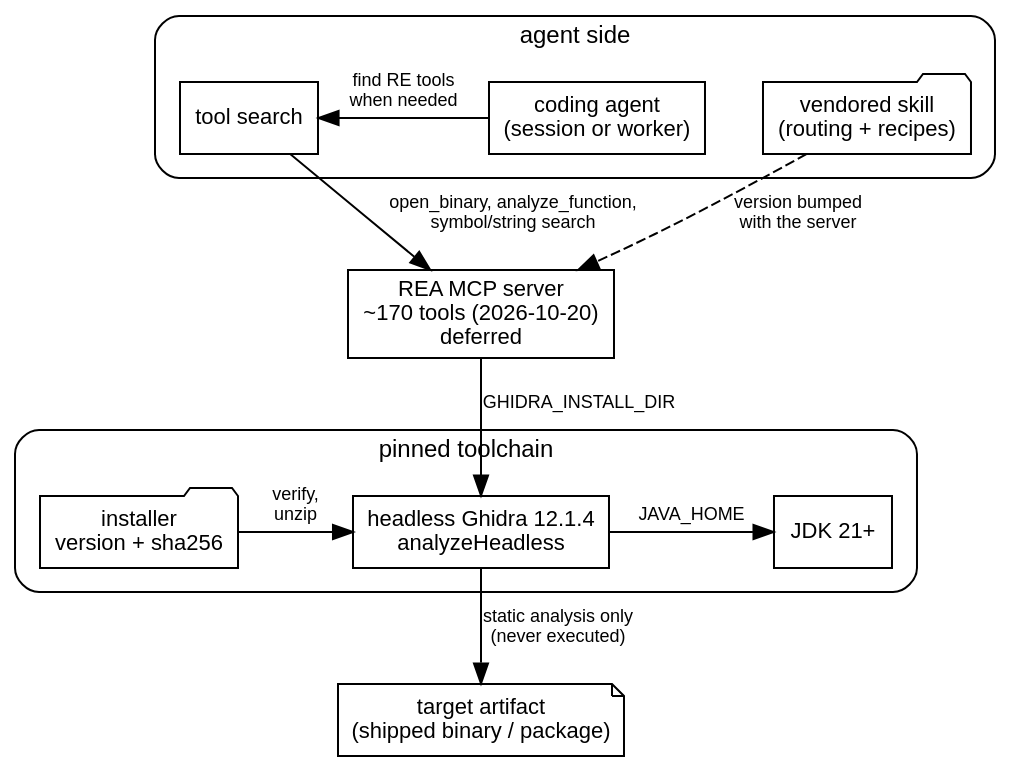
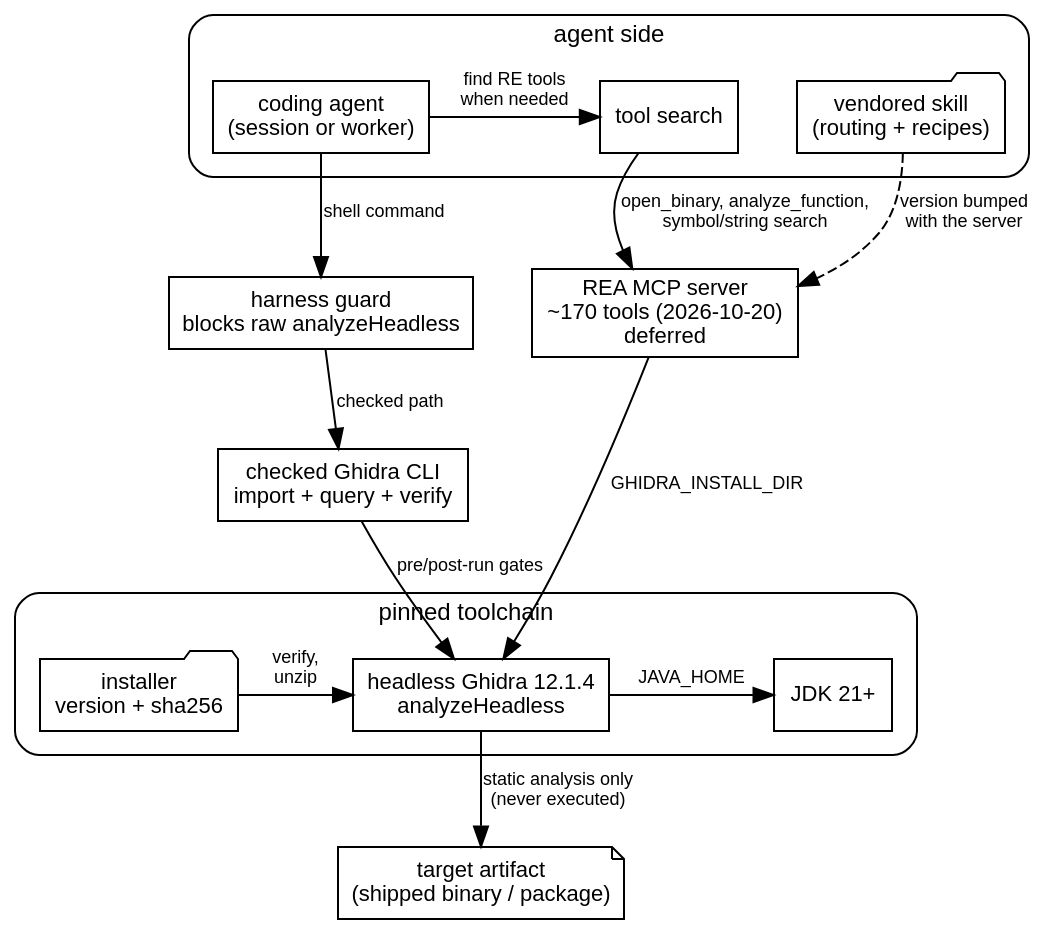
Before and after one commit to erfianugrah/lexicanum: the first of 2 diagrams in src/content/docs/reference/agent-assisted-reverse-engineering.mdx, drawn with Graphviz. The commit also changed other lines of this file, not shown here.

Commit message:
docs(reference): agent-assisted RE - checked headless CLI with a raw-command guard, read-only firmware imports, function recovery (770 -> 889), svc as a call, SVD names, claim verification, patch-diff, WCH decode evaluation

````diff
--- a/src/content/docs/reference/agent-assisted-reverse-engineering.mdx
+++ b/src/content/docs/reference/agent-assisted-reverse-engineering.mdx
@@ -30,33 +36,38 @@
 ```dot
 digraph {
   rankdir=TB; bgcolor="transparent"; compound=true; nodesep=0.4; ranksep=0.5;
   fontname="Helvetica,Arial,sans-serif";
   node [fontname="Helvetica,Arial,sans-serif", fontsize=11, shape=box];
   edge [fontname="Helvetica,Arial,sans-serif", fontsize=9];
 
   subgraph cluster_agent {
     label="agent side"; style=rounded; fontsize=12; margin=12;
     agent  [label="coding agent\n(session or worker)"];
     search [label="tool search"];
     skill  [label="vendored skill\n(routing + recipes)", shape=folder];
     { rank=same; agent; search; skill; }
     agent -> search [label="find RE tools\nwhen needed"];
   }
   mcp [label="REA MCP server\n~170 tools (2026-10-20)\ndeferred"];
+  guard [label="harness guard\nblocks raw analyzeHeadless"];
+  cli [label="checked Ghidra CLI\nimport + query + verify"];
   subgraph cluster_tools {
     label="pinned toolchain"; style=rounded; fontsize=12; margin=12;
     install [label="installer\nversion + sha256", shape=folder];
     ghidra  [label="headless Ghidra 12.1.4\nanalyzeHeadless"];
     jdk     [label="JDK 21+"];
     { rank=same; install; ghidra; jdk; }
     install -> ghidra [label="verify,\nunzip"];
     ghidra -> jdk [label="JAVA_HOME"];
   }
   target [label="target artifact\n(shipped binary / package)", shape=note];
 
   search -> mcp [label="open_binary, analyze_function,\nsymbol/string search"];
   skill -> mcp [label="version bumped\nwith the server", style=dashed];
   mcp -> ghidra [label="GHIDRA_INSTALL_DIR"];
+  agent -> guard [label="shell command"];
+  guard -> cli [label="checked path"];
+  cli -> ghidra [label="pre/post-run gates"];
   ghidra -> target [label="static analysis only\n(never executed)"];
 }
 ```
````
